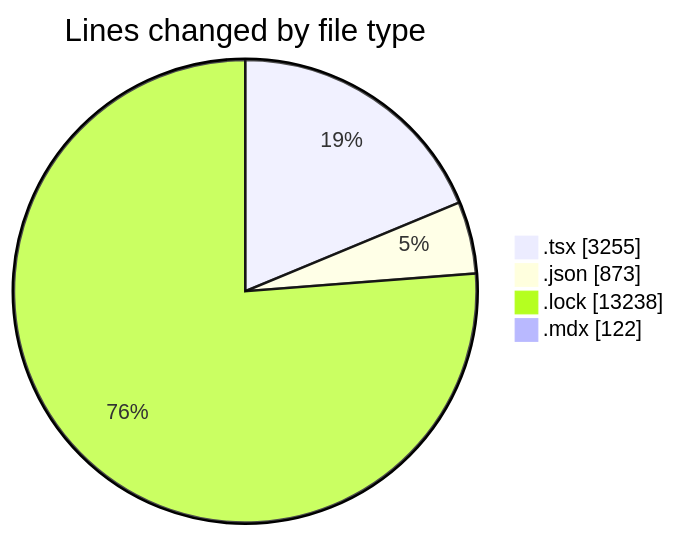
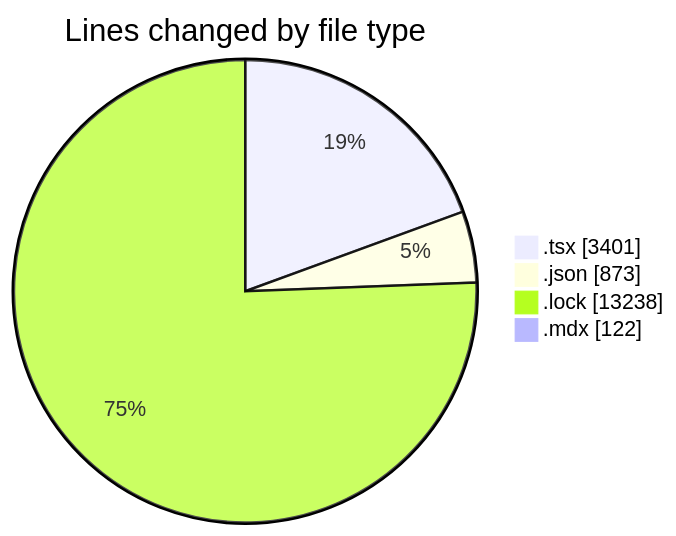
One commit to momahboobian/code-tracking changed the first of 2 diagrams in 2026-01-09/cda/README.md. Above: the diagram before and after it, drawn with Mermaid. The commit also changed other lines of this file and 1 other file, not shown here.

````diff
--- a/2026-01-09/cda/README.md
+++ b/2026-01-09/cda/README.md
@@ -27,8 +27,8 @@
 ```mermaid
 pie showData
 title Lines changed by file type
-".tsx" : 3255
+".tsx" : 3401
 ".json" : 873
 ".lock" : 13238
 ".mdx" : 122
 ```
````
